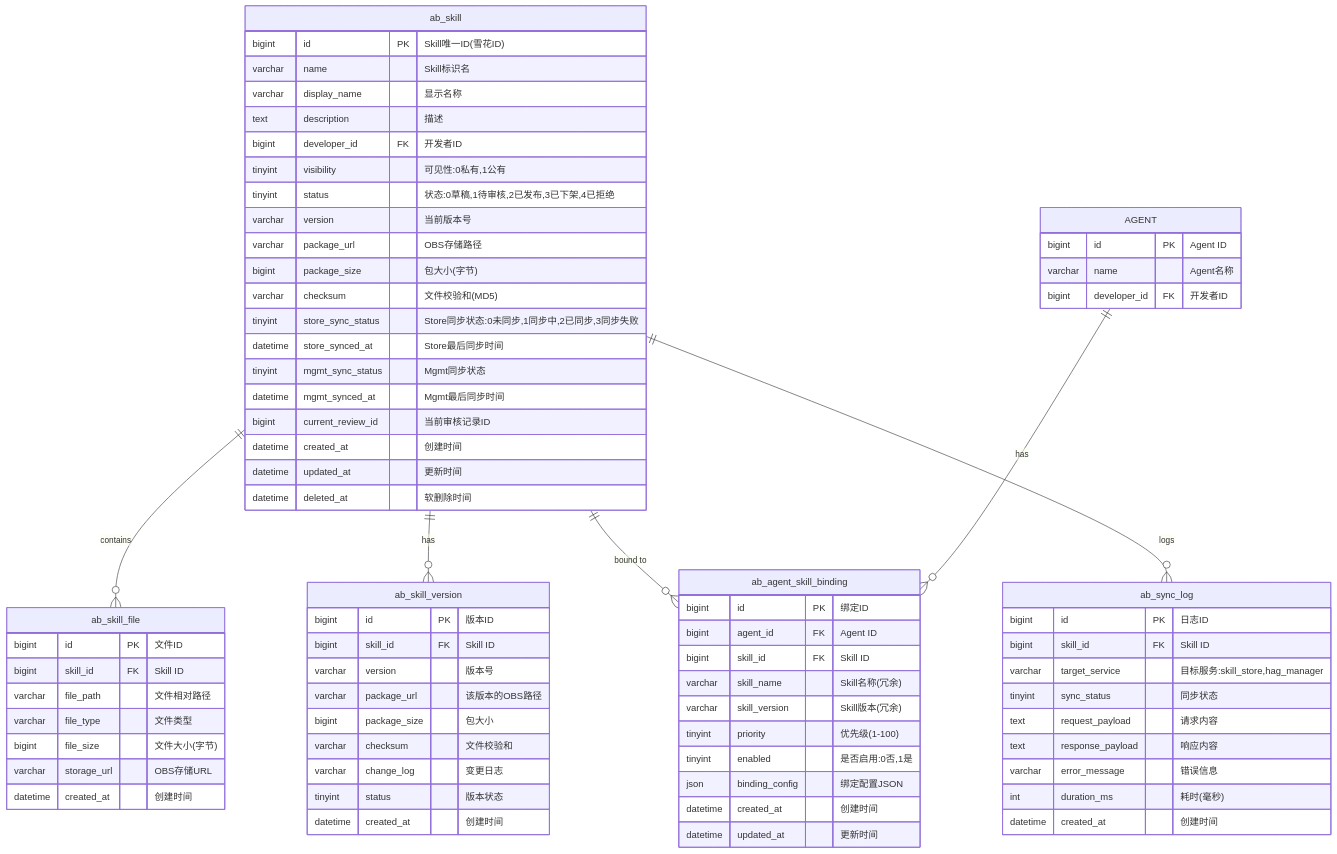
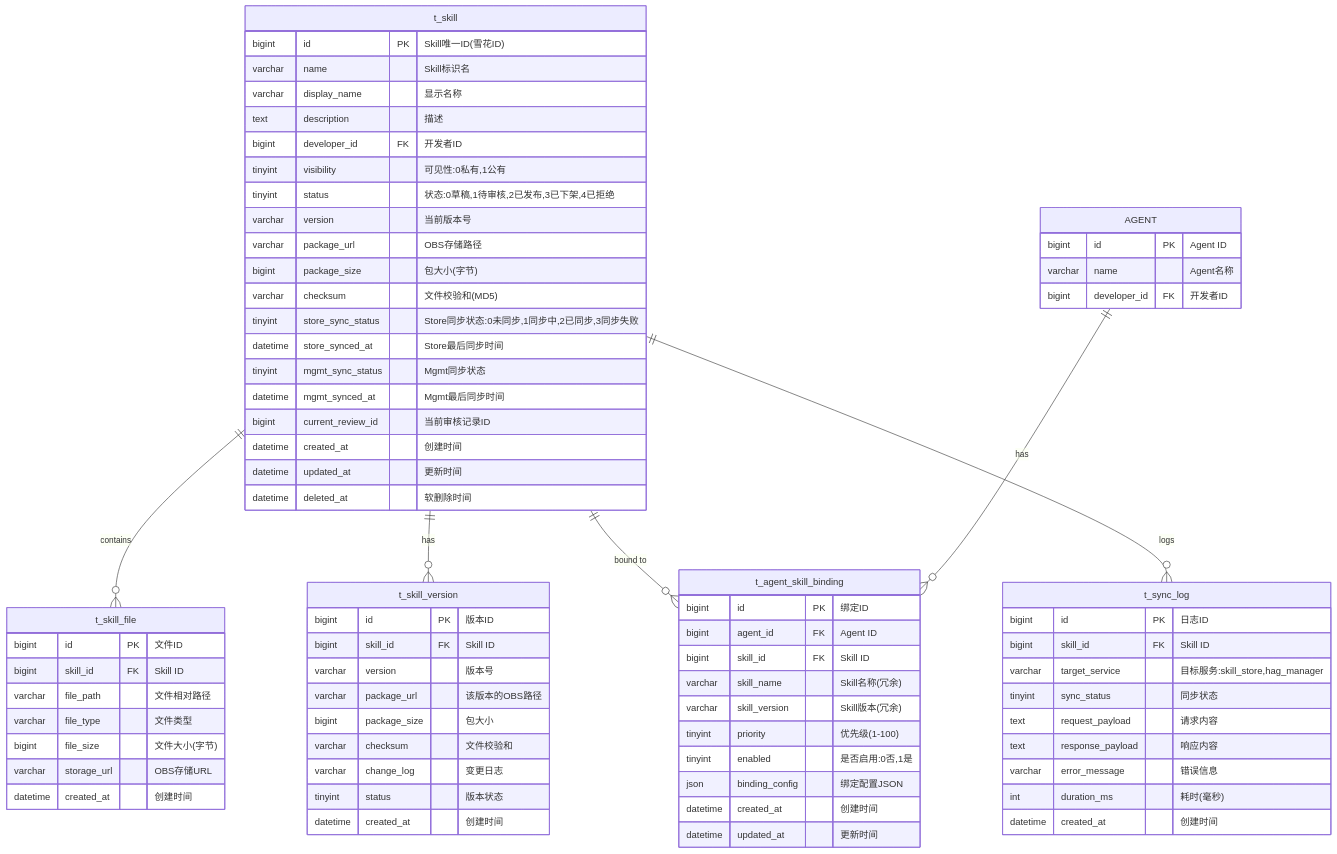
One commit to jinyule/xiaoyi-skill-mgmt changed diagram 18 of 33 in architecture-design.md. Above: the diagram before and after it, drawn with Mermaid. The commit also changed other lines of this file and 2 other files, not shown here.

````diff
--- a/architecture-design.md
+++ b/architecture-design.md
@@ -538,12 +538,12 @@
 ```mermaid
 erDiagram
-    ab_skill ||--o{ ab_skill_file : contains
-    ab_skill ||--o{ ab_skill_version : has
-    ab_skill ||--o{ ab_agent_skill_binding : "bound to"
-    ab_skill ||--o{ ab_sync_log : logs
-    AGENT ||--o{ ab_agent_skill_binding : has
+    t_skill ||--o{ t_skill_file : contains
+    t_skill ||--o{ t_skill_version : has
+    t_skill ||--o{ t_agent_skill_binding : "bound to"
+    t_skill ||--o{ t_sync_log : logs
+    AGENT ||--o{ t_agent_skill_binding : has
 
-    ab_skill {
+    t_skill {
         bigint id PK "Skill唯一ID(雪花ID)"
         varchar name "Skill标识名"
         varchar display_name "显示名称"
@@ -565,7 +565,7 @@
         datetime deleted_at "软删除时间"
     }
 
-    ab_skill_file {
+    t_skill_file {
         bigint id PK "文件ID"
         bigint skill_id FK "Skill ID"
         varchar file_path "文件相对路径"
@@ -575,7 +575,7 @@
         datetime created_at "创建时间"
     }
 
-    ab_skill_version {
+    t_skill_version {
         bigint id PK "版本ID"
         bigint skill_id FK "Skill ID"
         varchar version "版本号"
@@ -587,7 +587,7 @@
         datetime created_at "创建时间"
     }
 
-    ab_agent_skill_binding {
+    t_agent_skill_binding {
         bigint id PK "绑定ID"
         bigint agent_id FK "Agent ID"
         bigint skill_id FK "Skill ID"
@@ -600,7 +600,7 @@
         datetime updated_at "更新时间"
     }
 
-    ab_sync_log {
+    t_sync_log {
         bigint id PK "日志ID"
         bigint skill_id FK "Skill ID"
         varchar target_service "目标服务:skill_store,hag_manager"
````
